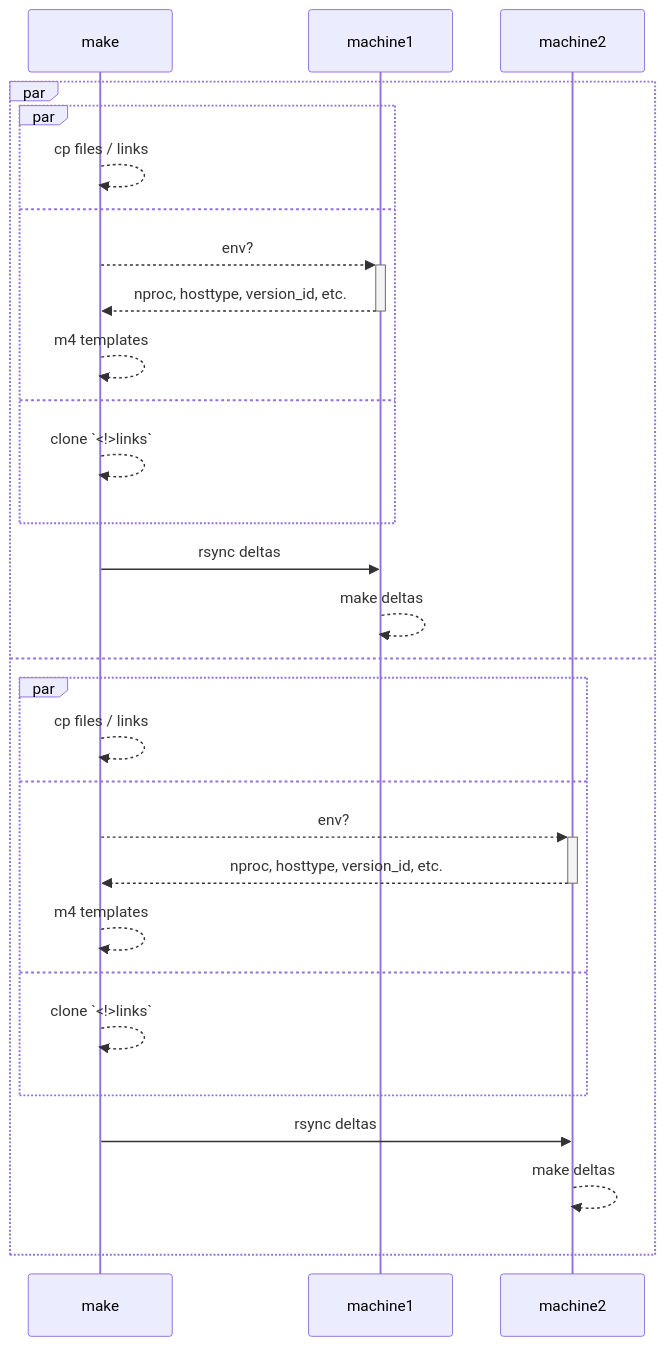
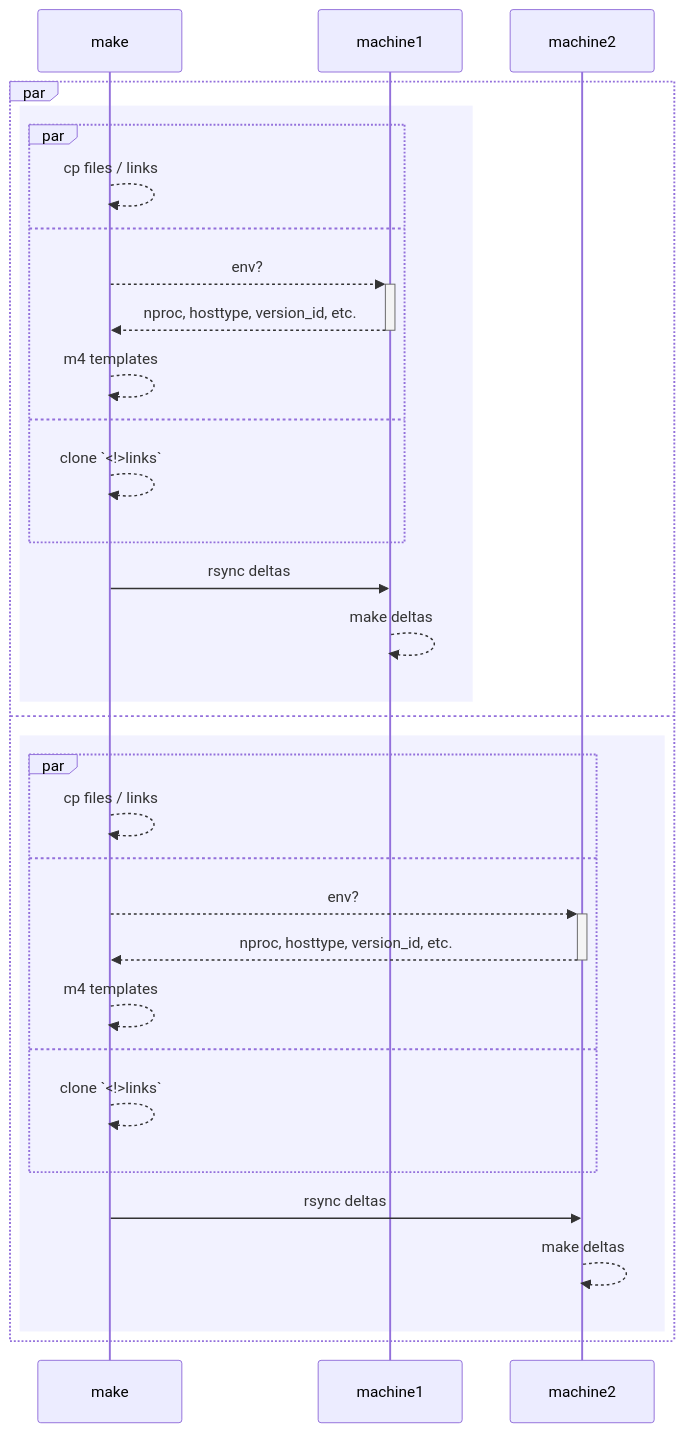
Before and after one commit to ms-jpq/lab: the diagram in doc/DX.md, drawn with Mermaid.

````diff
--- a/doc/DX.md
+++ b/doc/DX.md
@@ -71,32 +71,36 @@
 ```mermaid
 sequenceDiagram
   participant make
   participant machine1
   participant machine2
 
   par
-    par
-      make-->>make : cp files / links
-    and
-      make-->>+machine1 : env?
-      machine1-->>-make : nproc, hosttype, version_id, etc.
-      make-->>make : m4 templates
-    and
-      make-->>make : clone `<!>links`
+    rect rgba(0, 0, 255, 0.05)
+      par
+        make-->>make : cp files / links
+      and
+        make-->>+machine1 : env?
+        machine1-->>-make : nproc, hosttype, version_id, etc.
+        make-->>make : m4 templates
+      and
+        make-->>make : clone `<!>links`
+      end
+      make->>machine1 : rsync deltas
+      machine1-->>machine1 : make deltas
     end
-    make->>machine1 : rsync deltas
-    machine1-->>machine1 : make deltas
   and
-    par
-      make-->>make : cp files / links
-    and
-      make-->>+machine2 : env?
-      machine2-->>-make : nproc, hosttype, version_id, etc.
-      make-->>make : m4 templates
-    and
-      make-->>make : clone `<!>links`
+    rect rgba(0, 0, 255, 0.05)
+      par
+        make-->>make : cp files / links
+      and
+        make-->>+machine2 : env?
+        machine2-->>-make : nproc, hosttype, version_id, etc.
+        make-->>make : m4 templates
+      and
+        make-->>make : clone `<!>links`
+      end
+      make->>machine2 : rsync deltas
+      machine2-->>machine2 : make deltas
     end
-    make->>machine2 : rsync deltas
-    machine2-->>machine2 : make deltas
   end
 ```
````
